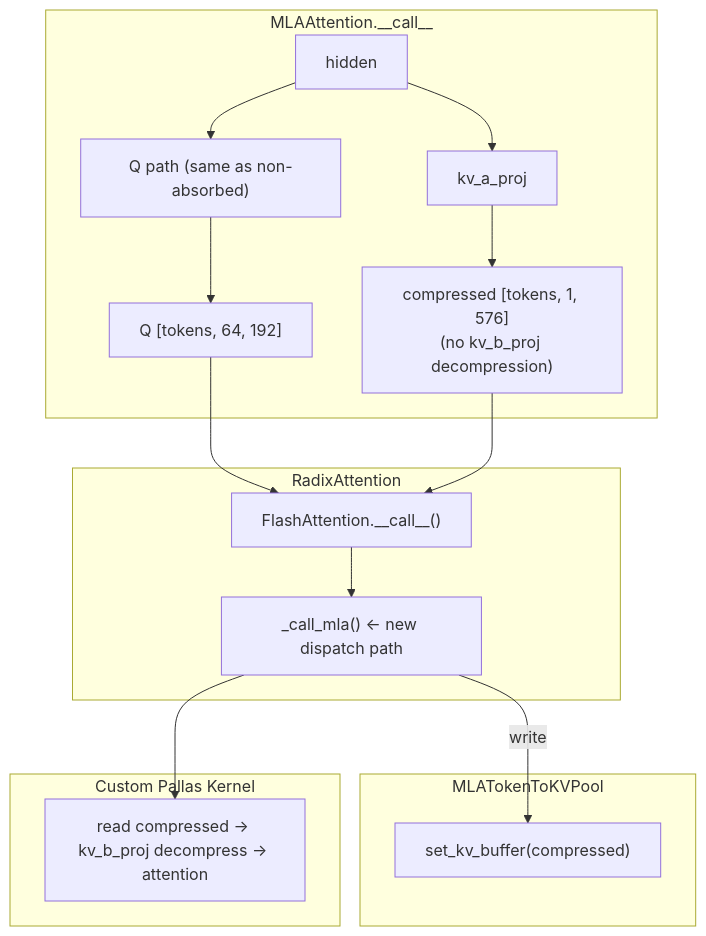
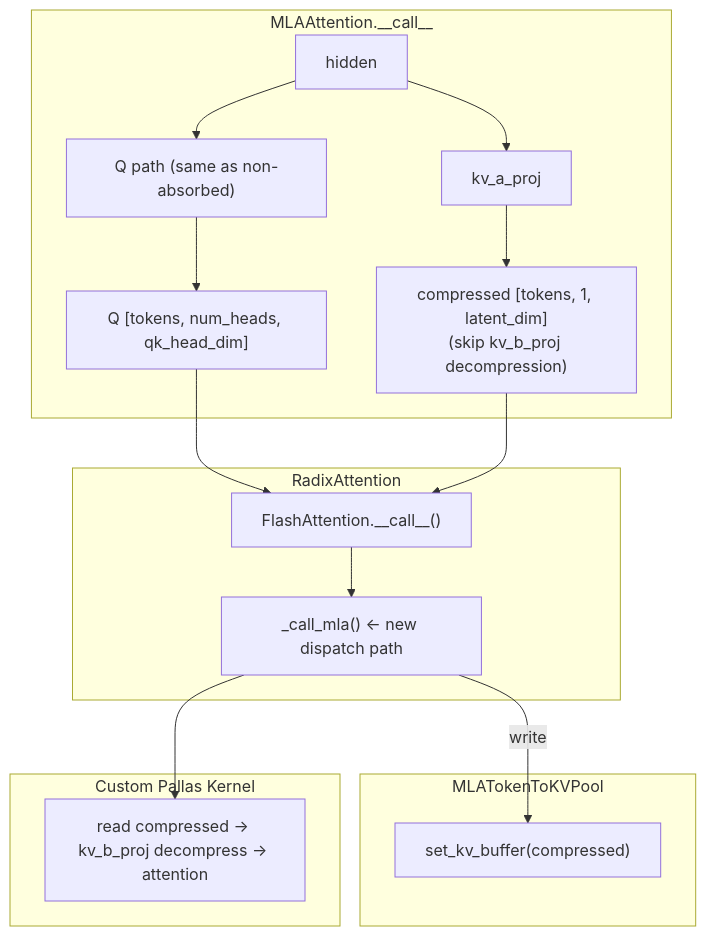
One commit to sgl-project/sglang-jax changed the second of 2 diagrams in docs/design/894-mla-design.md. Above: the diagram before and after it, drawn with Mermaid. The commit also changed other lines of this file, not shown here.

````diff
--- a/docs/design/894-mla-design.md
+++ b/docs/design/894-mla-design.md
@@ -209,23 +163,23 @@
 ```mermaid
 graph TD
     subgraph "MLAAttention.__call__"
         hidden[hidden] --> Q_path["Q path (same as non-absorbed)"]
-        Q_path --> Q["Q [tokens, 64, 192]"]
+        Q_path --> Q["Q [tokens, num_heads, qk_head_dim]"]
         hidden --> kv_a_proj["kv_a_proj"]
-        kv_a_proj --> compressed["compressed [tokens, 1, 576]<br/>(no kv_b_proj decompression)"]
+        kv_a_proj --> compressed["compressed [tokens, 1, latent_dim]<br/>(skip kv_b_proj decompression)"]
     end
 
     subgraph "RadixAttention"
         Q --> FA["FlashAttention.__call__()"]
         compressed --> FA
         FA --> call_mla["_call_mla() <- new dispatch path"]
     end
 
     subgraph "MLATokenToKVPool"
         call_mla -- write --> pool["set_kv_buffer(compressed)"]
     end
 
     subgraph "Custom Pallas Kernel"
         call_mla --> kernel["read compressed -> kv_b_proj decompress -> attention"]
     end
 ```
````
